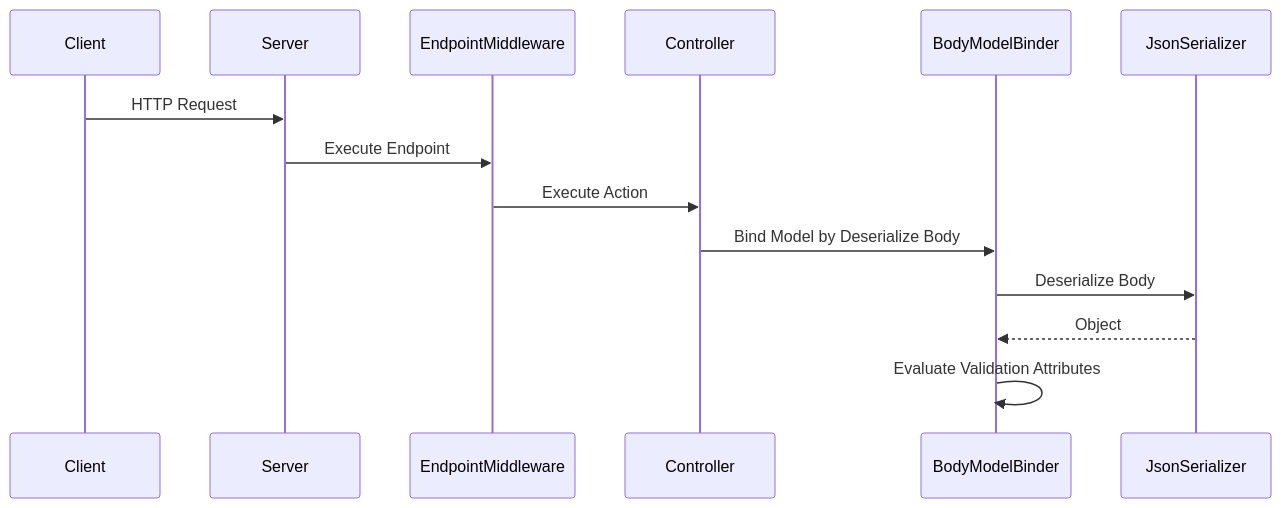
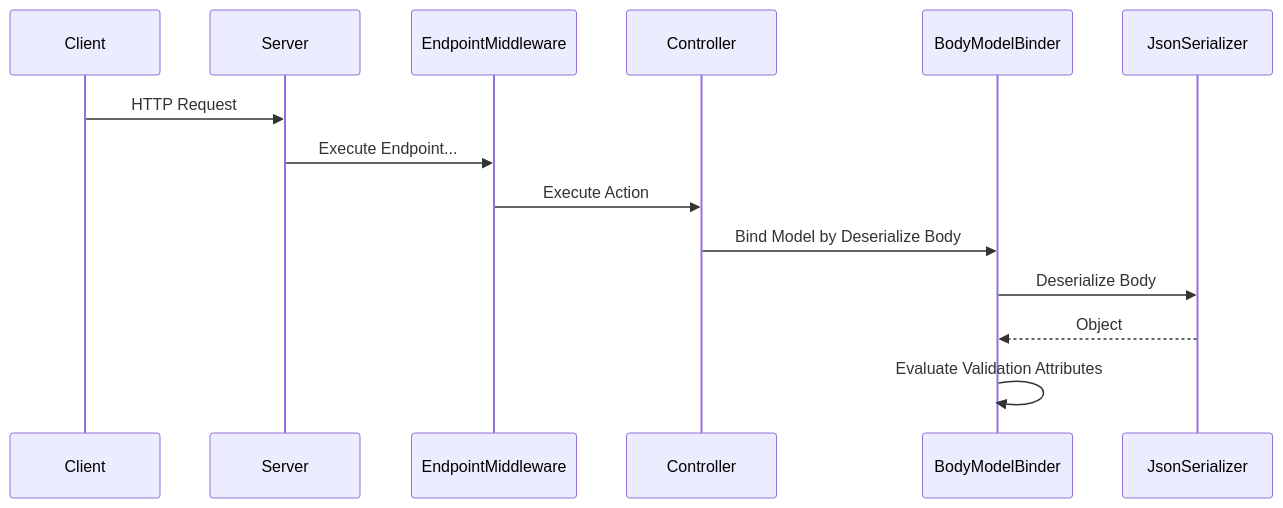
The second of 2 diagrams in _posts/2023-03-26-the-hidden-dangers-of-jsons-hunger-silenced.md (kriebb/kriebb.github.io), drawn with Mermaid before and after one commit. The commit also changed other lines of this file and 15 other files, not shown here.

````diff
--- a/_posts/2023-03-26-the-hidden-dangers-of-jsons-hunger-silenced.md
+++ b/_posts/2023-03-26-the-hidden-dangers-of-jsons-hunger-silenced.md
@@ -84,16 +77,16 @@
 ```mermaid
 sequenceDiagram
     participant Client
     participant Server
     participant EndpointMiddleware
     participant Controller
     participant BodyModelBinder
     participant JsonSerializer
     Client->>Server: HTTP Request
-    Server->>EndpointMiddleware: Execute Endpoint
+    Server->>EndpointMiddleware: Execute Endpoint...
     EndpointMiddleware->>Controller: Execute Action
     Controller->>BodyModelBinder: Bind Model by Deserialize Body
     BodyModelBinder->>JsonSerializer: Deserialize Body
     JsonSerializer-->>BodyModelBinder: Object
     BodyModelBinder->>BodyModelBinder: Evaluate Validation Attributes
 ```
````
